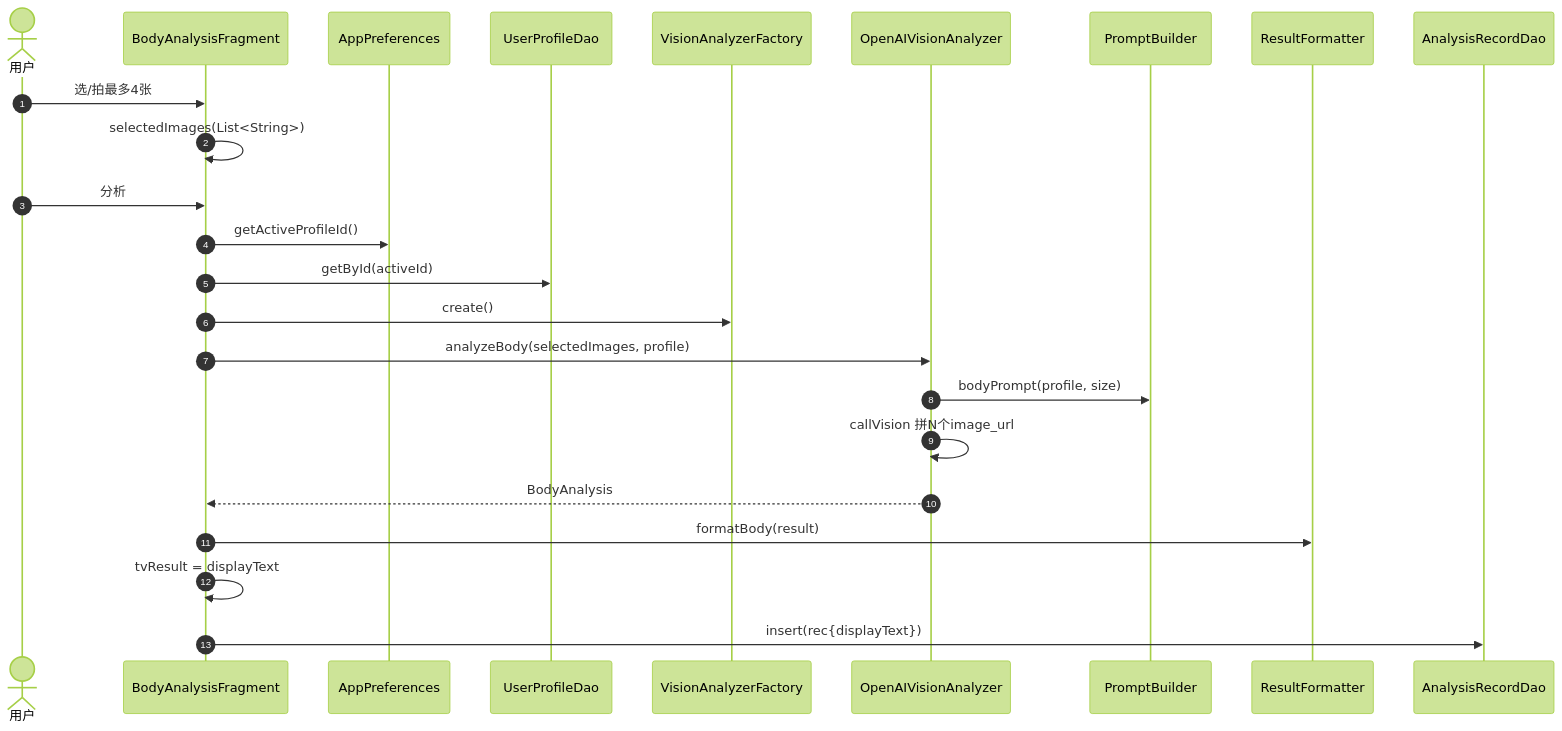
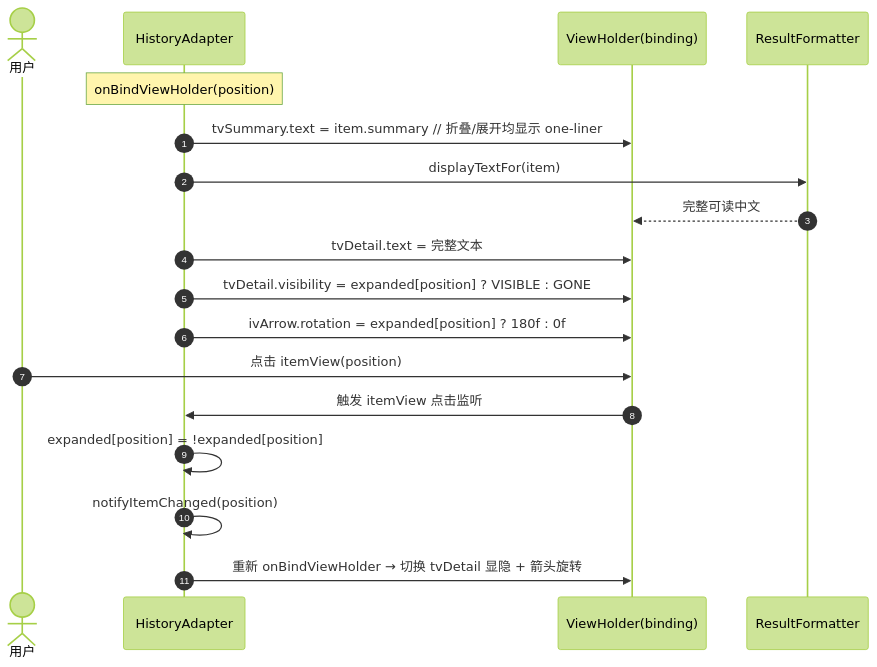
One commit to Liucunfeng/HealthAI changed the second of 4 diagrams in docs/system_design.md. Above: the diagram before and after it, drawn with Mermaid (forest theme). The commit also changed other lines of this file and 9 other files, not shown here.

Commit message:
feat: HealthAI 2.1 图片竖构图3:4/历史折叠展开/编辑弹窗可滚动/下拉验收/版本2.1

````diff
--- a/docs/system_design.md
+++ b/docs/system_design.md
@@ -285,26 +105,22 @@
 ```mermaid
 sequenceDiagram
     autonumber
     actor U as 用户
-    participant F as BodyAnalysisFragment
-    participant AP as AppPreferences
-    participant PD as UserProfileDao
-    participant VF as VisionAnalyzerFactory
-    participant AZ as OpenAIVisionAnalyzer
-    participant PB as PromptBuilder
+    participant HA as HistoryAdapter
+    participant VH as ViewHolder(binding)
     participant RF as ResultFormatter
-    participant RD as AnalysisRecordDao
-    U->>F: 选/拍最多4张
-    F->>F: selectedImages(List<String>)
-    U->>F: 分析
-    F->>AP: getActiveProfileId()
-    F->>PD: getById(activeId)
-    F->>VF: create()
-    F->>AZ: analyzeBody(selectedImages, profile)
-    AZ->>PB: bodyPrompt(profile, size)
-    AZ->>AZ: callVision 拼N个image_url
-    AZ-->>F: BodyAnalysis
-    F->>RF: formatBody(result)
-    F->>F: tvResult = displayText
-    F->>RD: insert(rec{displayText})
+
+    Note over HA: onBindViewHolder(position)
+    HA->>VH: tvSummary.text = item.summary  // 折叠/展开均显示 one-liner
+    HA->>RF: displayTextFor(item)
+    RF-->>VH: 完整可读中文
+    HA->>VH: tvDetail.text = 完整文本
+    HA->>VH: tvDetail.visibility = expanded[position] ? VISIBLE : GONE
+    HA->>VH: ivArrow.rotation = expanded[position] ? 180f : 0f
+
+    U->>VH: 点击 itemView(position)
+    VH->>HA: 触发 itemView 点击监听
+    HA->>HA: expanded[position] = !expanded[position]
+    HA->>HA: notifyItemChanged(position)
+    HA->>VH: 重新 onBindViewHolder → 切换 tvDetail 显隐 + 箭头旋转
 ```
````
